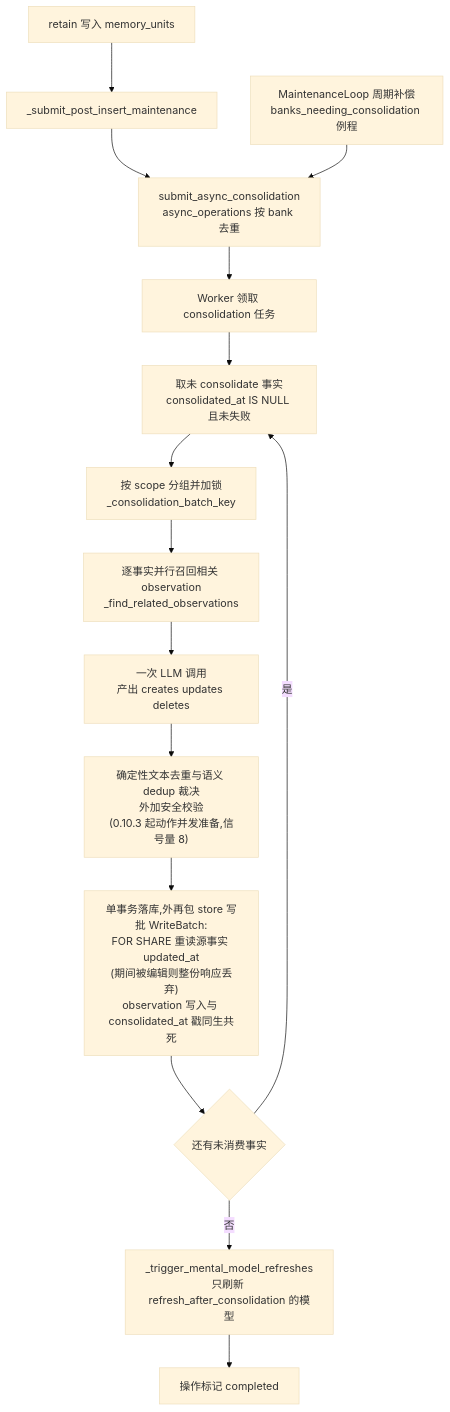
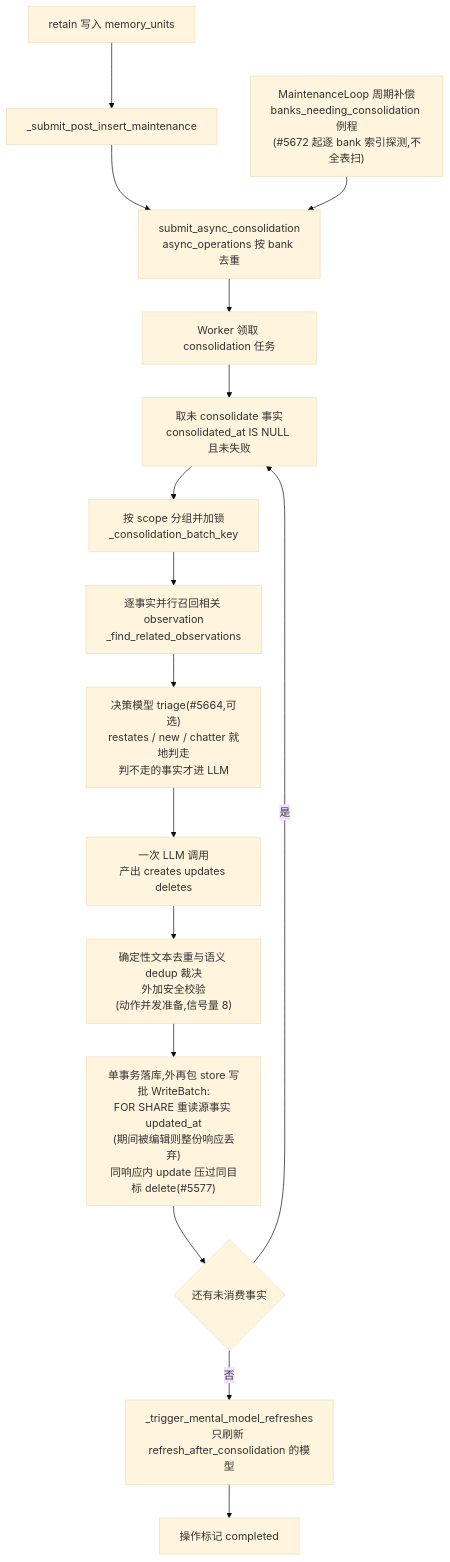
The second of 3 diagrams in docs/hindsight/source-study/04-reflect-与-consolidation.md (stefanv5/memory-platform-architecture), drawn with Mermaid (base theme) before and after one commit. The commit also changed other lines of this file and 9 other files, not shown here.

````diff
--- a/docs/hindsight/source-study/04-reflect-与-consolidation.md
+++ b/docs/hindsight/source-study/04-reflect-与-consolidation.md
@@ -249,17 +260,18 @@
 ```mermaid
 flowchart TD
     R["retain 写入 memory_units"] --> H["_submit_post_insert_maintenance"]
     H --> S["submit_async_consolidation<br/>async_operations 按 bank 去重"]
-    M["MaintenanceLoop 周期补偿<br/>banks_needing_consolidation 例程"] --> S
+    M["MaintenanceLoop 周期补偿<br/>banks_needing_consolidation 例程<br/>(#5672 起逐 bank 索引探测,不全表扫)"] --> S
     S --> W["Worker 领取 consolidation 任务"]
     W --> F["取未 consolidate 事实<br/>consolidated_at IS NULL 且未失败"]
     F --> G["按 scope 分组并加锁<br/>_consolidation_batch_key"]
     G --> P["逐事实并行召回相关 observation<br/>_find_related_observations"]
-    P --> L["一次 LLM 调用<br/>产出 creates updates deletes"]
-    L --> V["确定性文本去重与语义 dedup 裁决<br/>外加安全校验<br/>(0.10.3 起动作并发准备,信号量 8)"]
-    V --> T["单事务落库,外再包 store 写批 WriteBatch:<br/>FOR SHARE 重读源事实 updated_at<br/>(期间被编辑则整份响应丢弃)<br/>observation 写入与 consolidated_at 戳同生共死"]
+    P --> TG["决策模型 triage(#5664,可选)<br/>restates / new / chatter 就地判走<br/>判不走的事实才进 LLM"]
+    TG --> L["一次 LLM 调用<br/>产出 creates updates deletes"]
+    L --> V["确定性文本去重与语义 dedup 裁决<br/>外加安全校验<br/>(动作并发准备,信号量 8)"]
+    V --> T["单事务落库,外再包 store 写批 WriteBatch:<br/>FOR SHARE 重读源事实 updated_at<br/>(期间被编辑则整份响应丢弃)<br/>同响应内 update 压过同目标 delete(#5577)"]
     T --> Q{"还有未消费事实"}
     Q -->|"是"| F
     Q -->|"否"| MM["_trigger_mental_model_refreshes<br/>只刷新 refresh_after_consolidation 的模型"]
     MM --> Z["操作标记 completed"]
 ```
````
